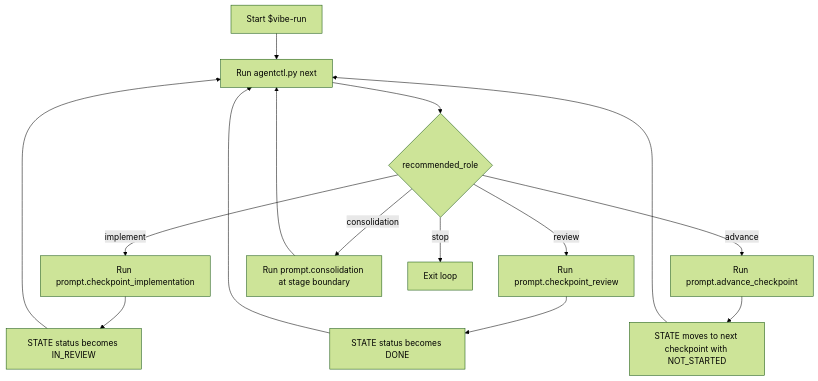
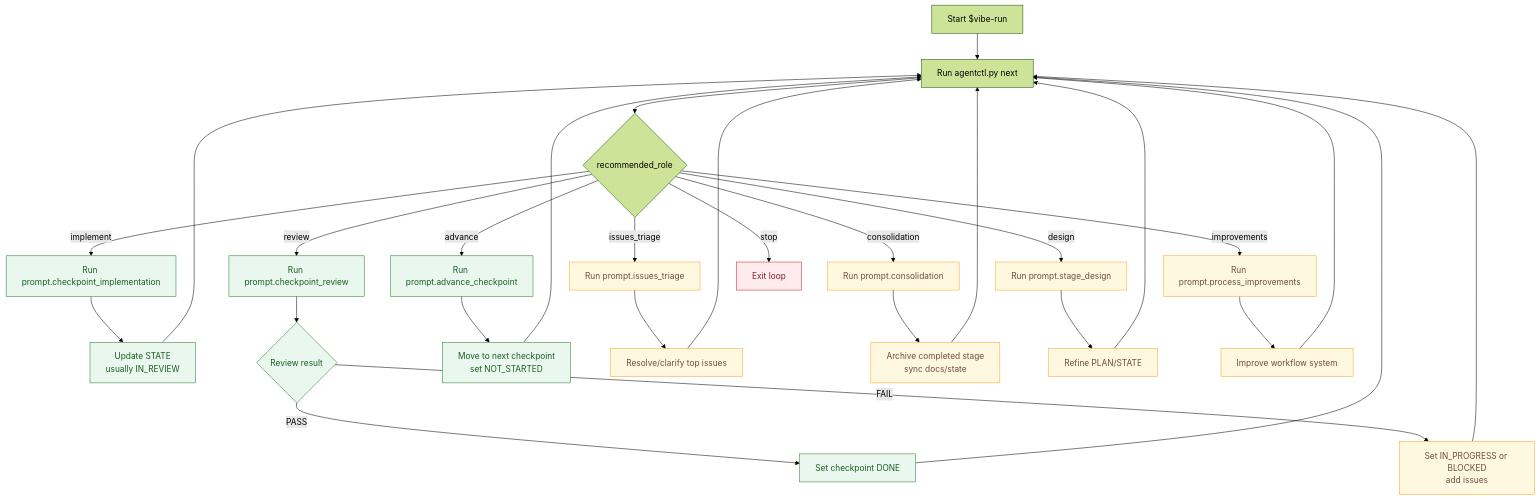
Before and after one commit to brifl/coding-agent-orchestration: the diagram in README.md, drawn with Mermaid (forest theme). The commit also changed other lines of this file, not shown here.

Commit message:
20.1: Expand vibe-run flowchart with alternate paths

````diff
--- a/README.md
+++ b/README.md
@@ -153,17 +153,45 @@
 ```mermaid
 flowchart TD
     A[Start $vibe-run] --> B[Run agentctl.py next]
     B --> C{recommended_role}
+
     C -->|implement| D[Run prompt.checkpoint_implementation]
-    D --> E[STATE status becomes IN_REVIEW]
+    D --> E[Update STATE<br/>usually IN_REVIEW]
     E --> B
+
     C -->|review| F[Run prompt.checkpoint_review]
-    F --> G[STATE status becomes DONE]
-    G --> B
-    C -->|advance| H[Run prompt.advance_checkpoint]
-    H --> I[STATE moves to next checkpoint with NOT_STARTED]
+    F --> G{Review result}
+    G -->|PASS| H[Set checkpoint DONE]
+    H --> B
+    G -->|FAIL| I[Set IN_PROGRESS or BLOCKED<br/>add issues]
     I --> B
-    C -->|consolidation| J[Run prompt.consolidation at stage boundary]
-    J --> B
+
+    C -->|advance| J[Run prompt.advance_checkpoint]
+    J --> K[Move to next checkpoint<br/>set NOT_STARTED]
+    K --> B
+
+    C -->|issues_triage| L[Run prompt.issues_triage]
+    L --> M[Resolve/clarify top issues]
+    M --> B
+
+    C -->|consolidation| N[Run prompt.consolidation]
+    N --> O[Archive completed stage<br/>sync docs/state]
+    O --> B
+
+    C -->|design| P[Run prompt.stage_design]
+    P --> Q[Refine PLAN/STATE]
+    Q --> B
+
+    C -->|improvements| R[Run prompt.process_improvements]
+    R --> S[Improve workflow system]
+    S --> B
+
     C -->|stop| Z[Exit loop]
+
+    classDef happy fill:#e9f7ef,stroke:#2e7d32,color:#1b5e20,stroke-width:1px;
+    classDef other fill:#fff8e1,stroke:#f9a825,color:#6d4c41,stroke-width:1px;
+    classDef terminal fill:#ffebee,stroke:#c62828,color:#7f1d1d,stroke-width:1px;
+    class D,E,F,G,H,J,K happy;
+    class L,M,N,O,P,Q,R,S,I other;
+    class Z terminal;
 ```
````
